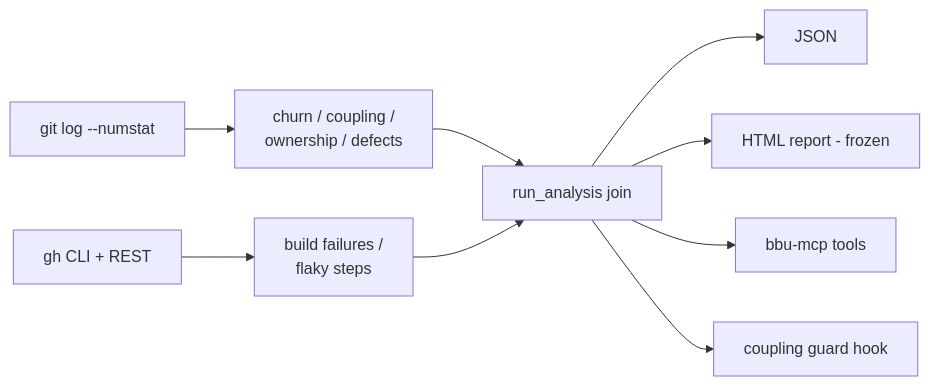
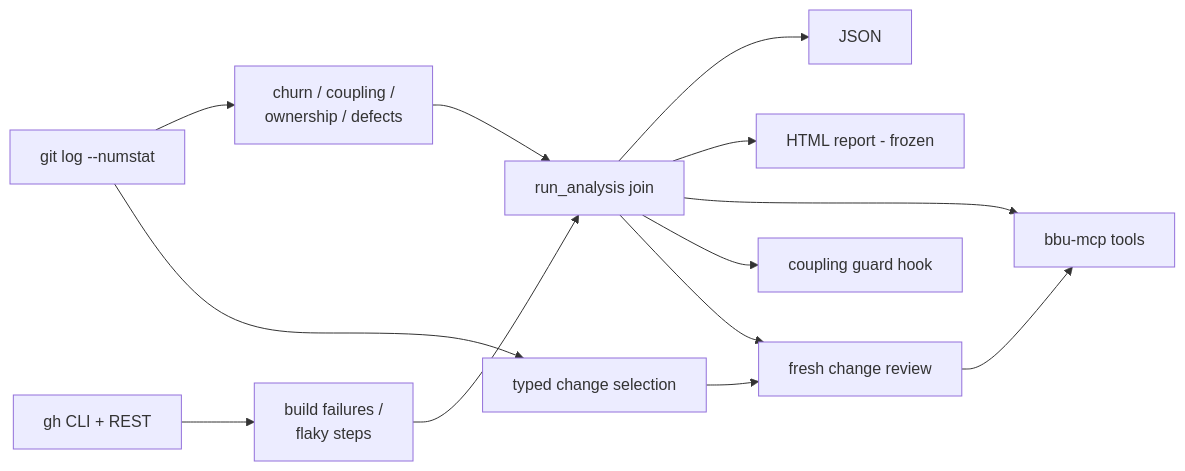
The diagram in docs/ARCHITECTURE.md (michael-denyer/black-box-unlock), drawn with Mermaid before and after one commit. The commit also changed other lines of this file and 9 other files, not shown here.

````diff
--- a/docs/ARCHITECTURE.md
+++ b/docs/ARCHITECTURE.md
@@ -49,11 +51,15 @@
 ```mermaid
 flowchart LR
     Git[git log --numstat] --> Parse[churn / coupling /<br/>ownership / defects]
     GH[gh CLI + REST] --> CI[build failures /<br/>flaky steps]
     Parse --> Join[run_analysis join]
     CI --> Join
     Join --> JSON[JSON]
     Join --> HTML[HTML report - frozen]
     Join --> MCP[bbu-mcp tools]
     Join --> Guard[coupling guard hook]
+    Git --> Change[typed change selection]
+    Change --> Review[fresh change review]
+    Join --> Review
+    Review --> MCP
 ```
````
